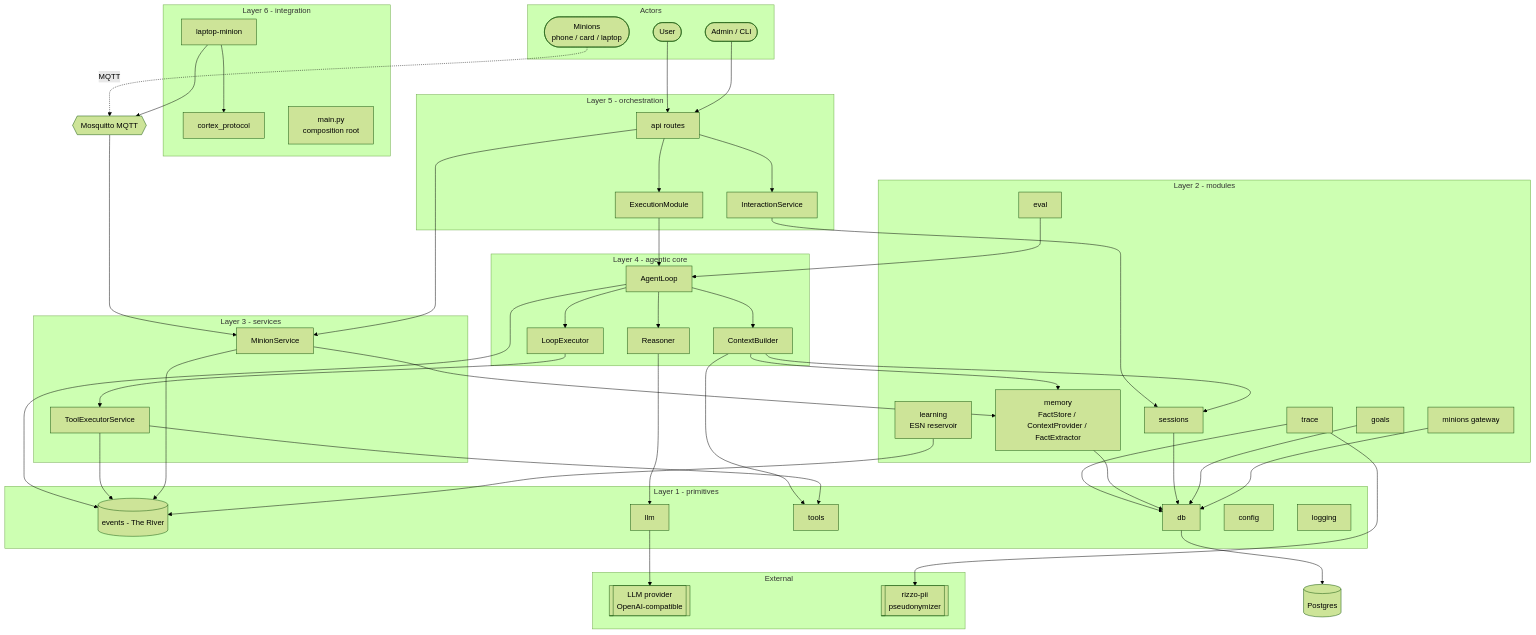
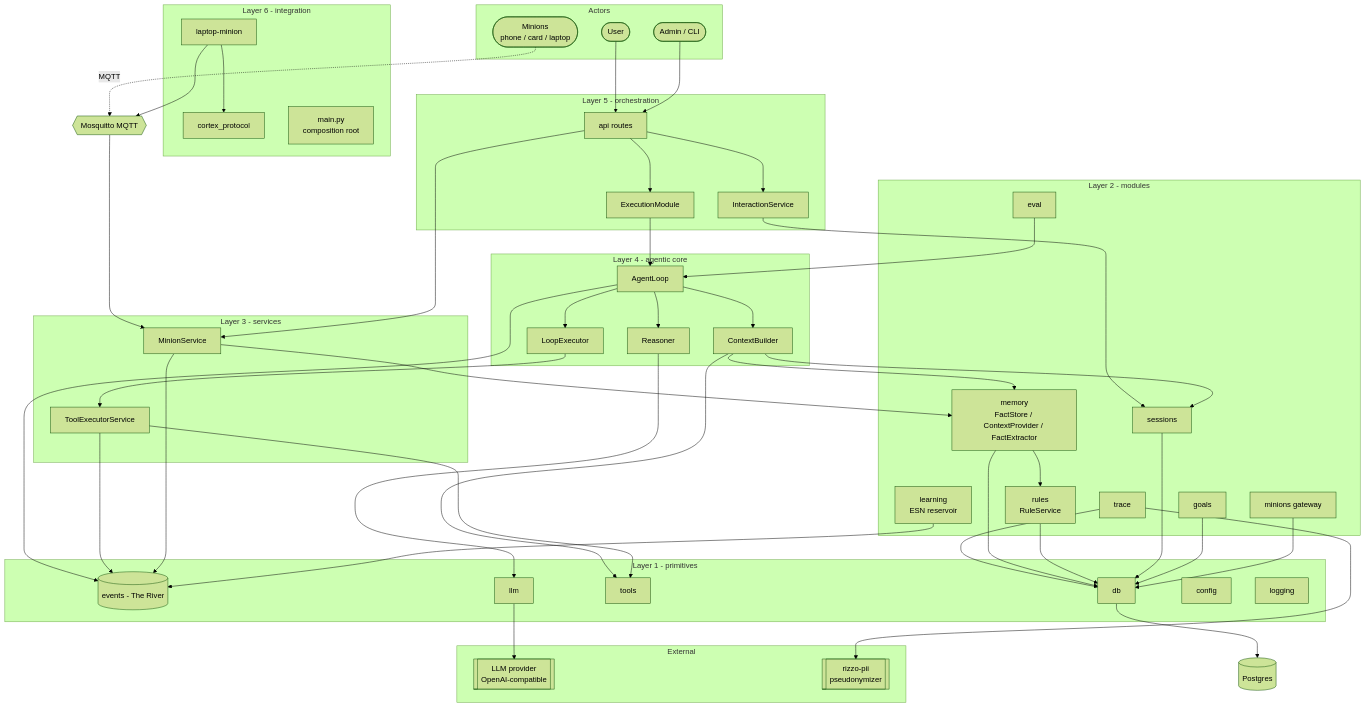
The first of 3 diagrams in docs/specs/architecture.md (salvatorebottiglieri/botti-agent), drawn with Mermaid (forest theme) before and after one commit. The commit also changed other lines of this file and 1 other file, not shown here.

First line of the commit message:
docs: rule system is implemented (slice A) (#130)

```diff
--- a/docs/specs/architecture.md
+++ b/docs/specs/architecture.md
@@ -64,6 +65,7 @@
         Trace[trace]
         Eval[eval]
         Learning[learning<br/>ESN reservoir]
+        Rules[rules<br/>RuleService]
     end
 
     subgraph L1["Layer 1 - primitives"]
@@ -111,7 +113,9 @@
     Trace --> Sidecar
     Laptop --> Protocol
 
+    Memory --> Rules
     Memory --> DB
+    Rules --> DB
     Sessions --> DB
     Goals --> DB
     MinionsMod --> DB
```
